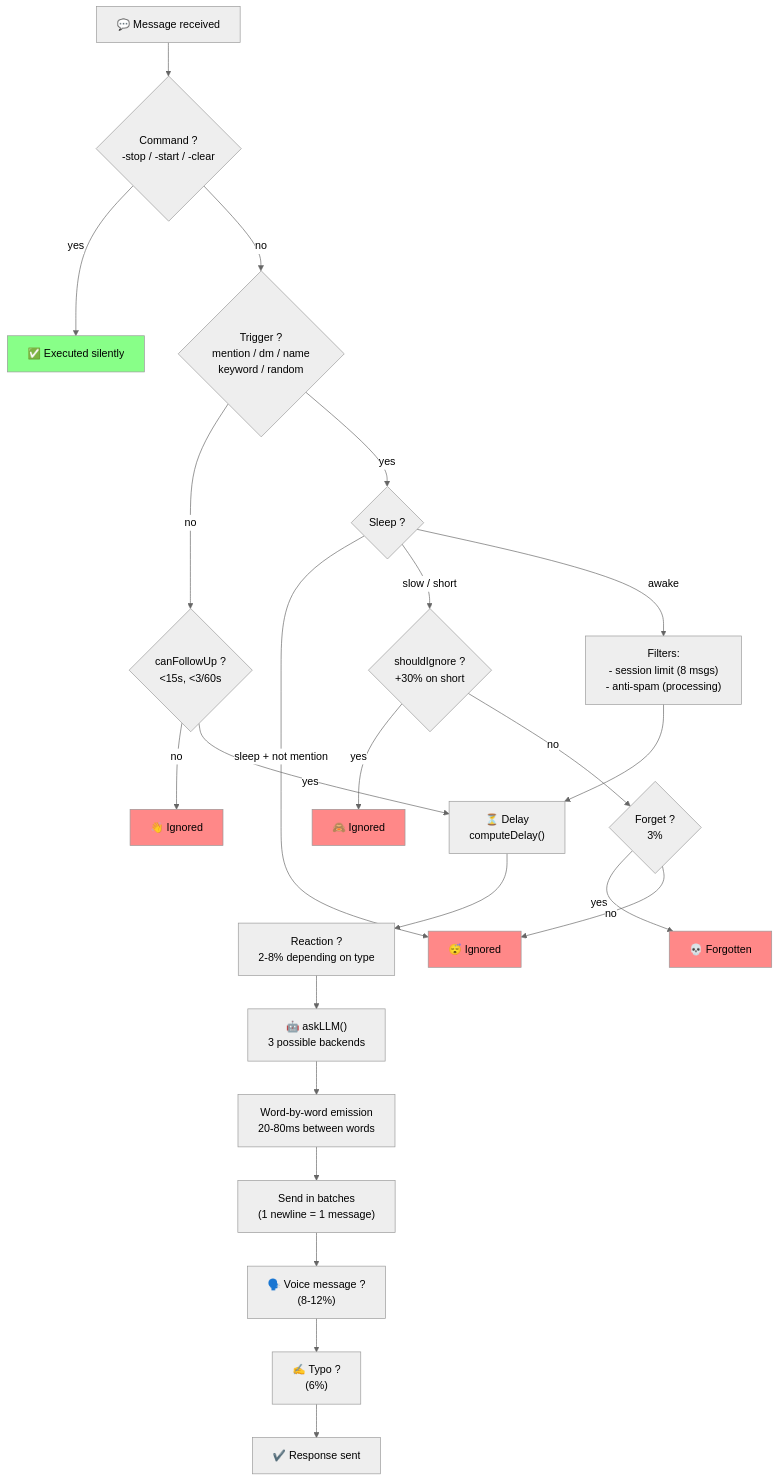
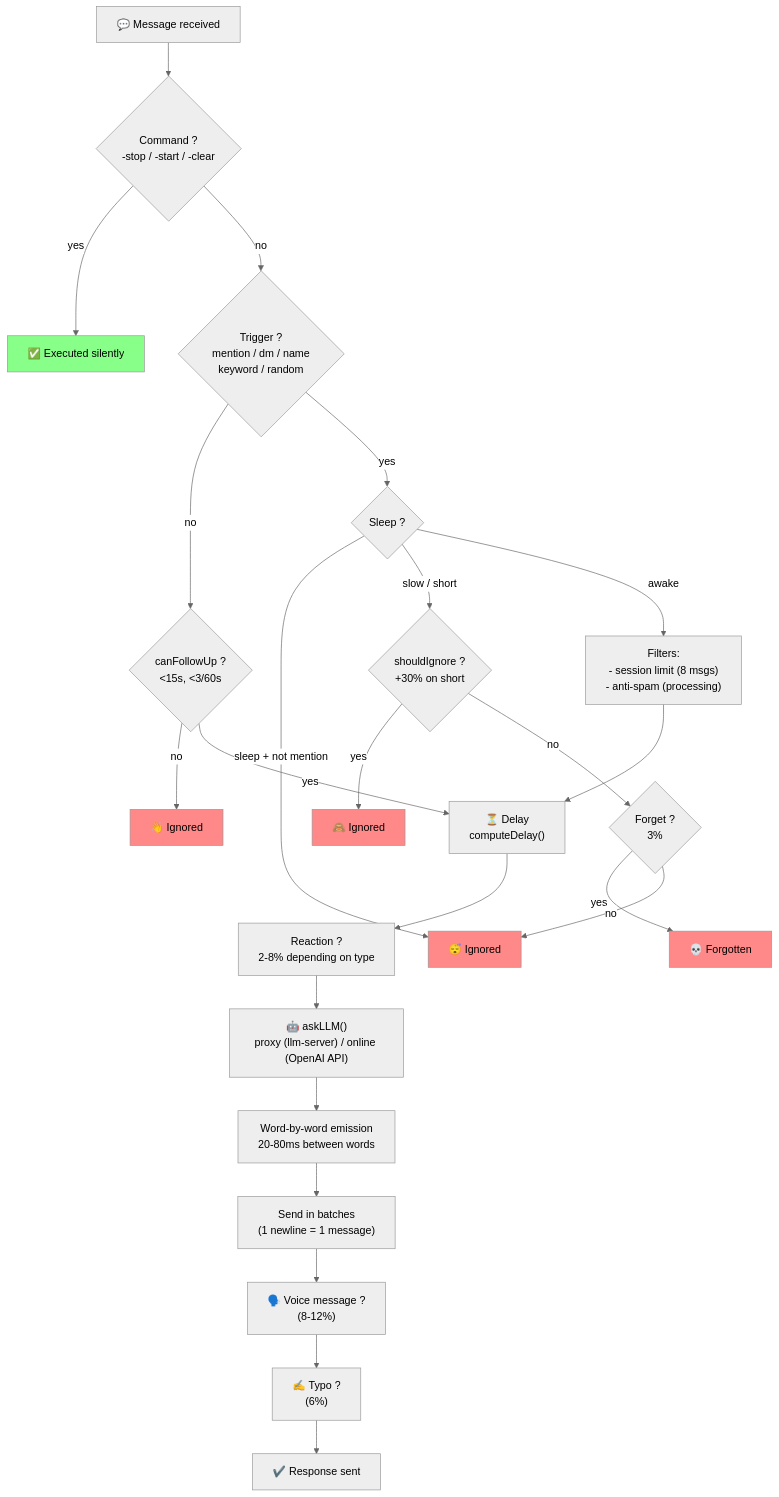
Before and after one commit to protocol-luna/krystal: the diagram in state-machines/readme-diagrams/r01.mmd, drawn with Mermaid (neutral theme). The commit also changed 55 other files, not shown here.

Commit message:
Update diagrams and docs: remove dead CLI/server modes, add online mode, fix config example

```diff
--- a/state-machines/readme-diagrams/r01.mmd
+++ b/state-machines/readme-diagrams/r01.mmd
@@ -1,35 +1,35 @@
 flowchart TD
     A["💬 Message received"] --> CMD{"Command ?<br/>-stop / -start / -clear"}
     CMD -->|"yes"| CMD_OK["✅ Executed silently"]
 
     CMD -->|"no"| TRIG{"Trigger ?<br/>mention / dm / name<br/>keyword / random"}
     TRIG -->|"no"| FUP{"canFollowUp ?<br/><15s, <3/60s"}
     FUP -->|"no"| END["👋 Ignored"]
 
     TRIG -->|"yes"| SLEEP{"Sleep ?"}
     SLEEP -->|"sleep + not mention"| IGNORE_SLP["😴 Ignored"]
     SLEEP -->|"slow / short"| IGNORE_ROLL{"shouldIgnore ?<br/>+30% on short"}
     IGNORE_ROLL -->|"yes"| IGNORED["🙈 Ignored"]
     IGNORE_ROLL -->|"no"| FORGET{"Forget ?<br/>3%"}
     FORGET -->|"yes"| FORGOT["💀 Forgotten"]
     FORGET -->|"no"| IGNORE_SLP
 
     SLEEP -->|"awake"| FILTERS["Filters:<br/>- session limit (8 msgs)<br/>- anti-spam (processing)"]
     FILTERS --> DELAY["⏳ Delay<br/>computeDelay()"]
 
     DELAY --> REACT["Reaction ?<br/>2-8% depending on type"]
-    REACT --> LLM["🤖 askLLM()<br/>3 possible backends"]
+    REACT --> LLM["🤖 askLLM()<br/>proxy (llm-server) / online (OpenAI API)"]
 
     LLM --> STREAM["Word-by-word emission<br/>20-80ms between words"]
     STREAM --> FLUSH["Send in batches<br/>(1 newline = 1 message)"]
     FLUSH --> TTS["🗣️ Voice message ?<br/>(8-12%)"]
     TTS --> TYPO["✍️ Typo ?<br/>(6%)"]
     TYPO --> DONE["✔️ Response sent"]
 
     FUP -->|"yes"| DELAY
 
     style CMD_OK fill:#8f8
     style END fill:#f88
     style IGNORE_SLP fill:#f88
     style IGNORED fill:#f88
     style FORGOT fill:#f88
```
